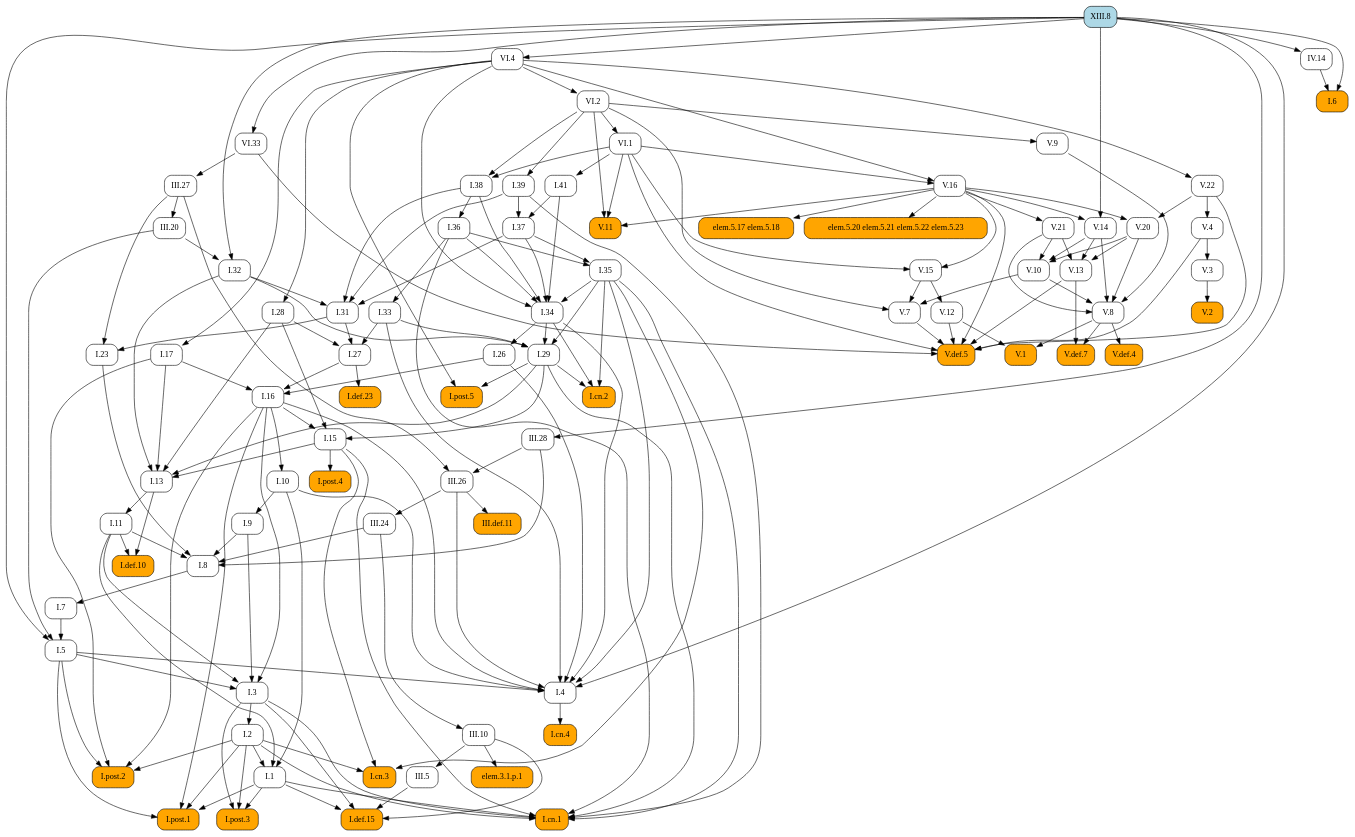
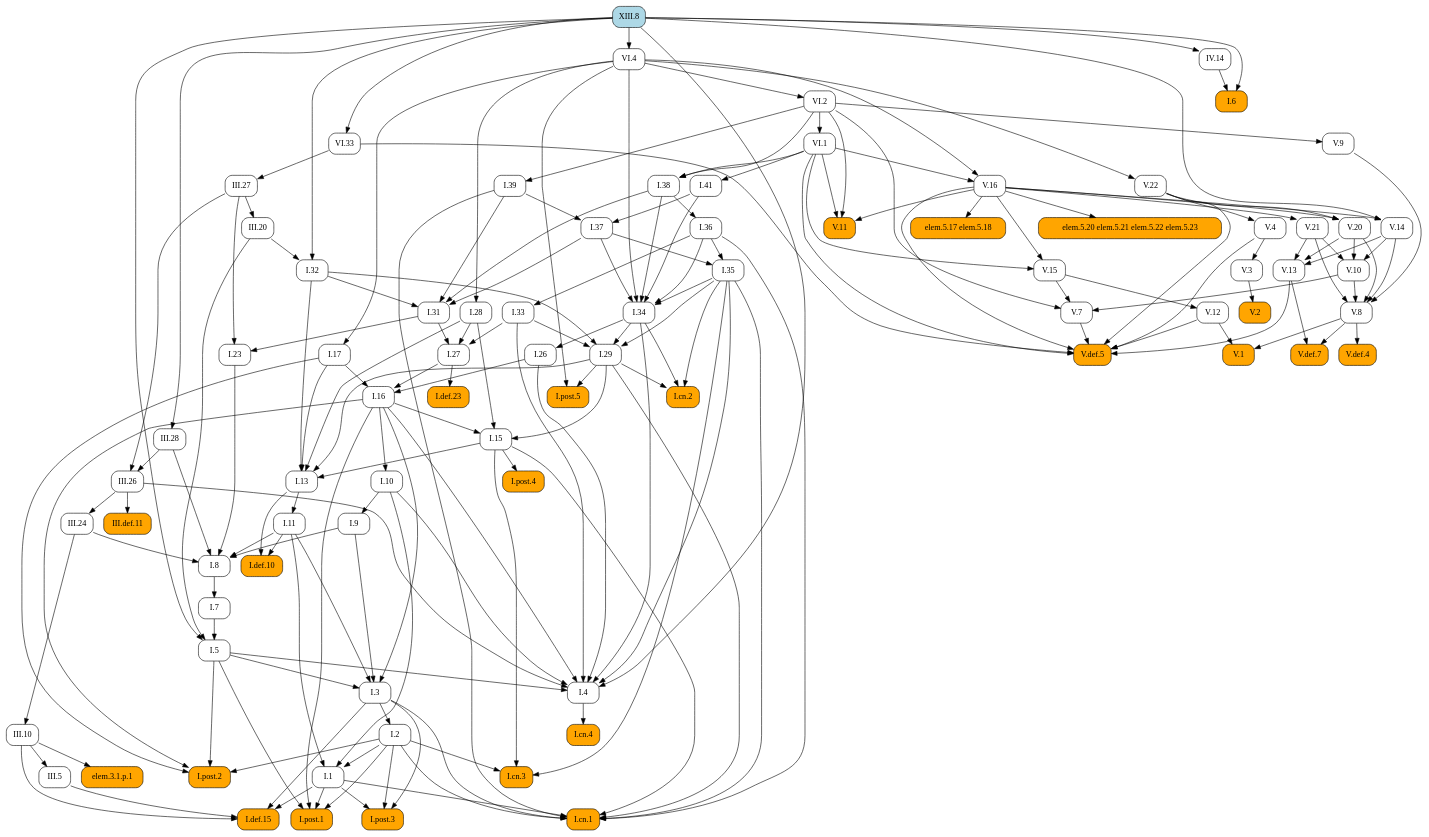
One commit to geometor/elements changed the diagram in docsrc/heath/XIII/8/index.rst. Above: the diagram before and after it, drawn with Graphviz. The commit also changed other lines of this file and 1029 other files, not shown here.

```diff
--- a/docsrc/heath/XIII/8/index.rst
+++ b/docsrc/heath/XIII/8/index.rst
@@ -49,134 +49,221 @@
    digraph {
      rankdir="TB";
      node [shape=box, style=rounded];
+     "I.def.10" [style="rounded,filled", fillcolor=orange, URL="/heath/I/def.10/", target="_top"];
+     "I.11" [URL="/heath/I/11/", target="_top"];
+     "I.post.4" [style="rounded,filled", fillcolor=orange, URL="/heath/I/post.4/", target="_top"];
+     "I.28" [URL="/heath/I/28/", target="_top"];
+     "I.1" [URL="/heath/I/1/", target="_top"];
+     "V.def.5" [style="rounded,filled", fillcolor=orange, URL="/heath/V/def.5/", target="_top"];
+     "III.20" [URL="/heath/III/20/", target="_top"];
+     "V.13" [URL="/heath/V/13/", target="_top"];
+     "V.11" [style="rounded,filled", fillcolor=orange, URL="/heath/V/11/", target="_top"];
+     "III.def.11" [style="rounded,filled", fillcolor=orange, URL="/heath/III/def.11/", target="_top"];
+     "I.post.3" [style="rounded,filled", fillcolor=orange, URL="/heath/I/post.3/", target="_top"];
+     "VI.1" [URL="/heath/VI/1/", target="_top"];
+     "I.cn.3" [style="rounded,filled", fillcolor=orange, URL="/heath/I/cn.3/", target="_top"];
+     "V.16" [URL="/heath/V/16/", target="_top"];
+     "VI.4" [URL="/heath/VI/4/", target="_top"];
+     "V.3" [URL="/heath/V/3/", target="_top"];
+     "VI.33" [URL="/heath/VI/33/", target="_top"];
+     "I.36" [URL="/heath/I/36/", target="_top"];
+     "V.8" [URL="/heath/V/8/", target="_top"];
+     "I.27" [URL="/heath/I/27/", target="_top"];
+     "I.41" [URL="/heath/I/41/", target="_top"];
+     "I.37" [URL="/heath/I/37/", target="_top"];
+     "I.34" [URL="/heath/I/34/", target="_top"];
+     "I.2" [URL="/heath/I/2/", target="_top"];
+     "I.def.23" [style="rounded,filled", fillcolor=orange, URL="/heath/I/def.23/", target="_top"];
+     "I.17" [URL="/heath/I/17/", target="_top"];
+     "I.33" [URL="/heath/I/33/", target="_top"];
+     "I.post.2" [style="rounded,filled", fillcolor=orange, URL="/heath/I/post.2/", target="_top"];
+     "elem.5.20 elem.5.21 elem.5.22 elem.5.23" [style="rounded,filled", fillcolor=orange];
+     "I.9" [URL="/heath/I/9/", target="_top"];
+     "I.32" [URL="/heath/I/32/", target="_top"];
+     "V.def.4" [style="rounded,filled", fillcolor=orange, URL="/heath/V/def.4/", target="_top"];
+     "I.cn.4" [style="rounded,filled", fillcolor=orange, URL="/heath/I/cn.4/", target="_top"];
+     "I.15" [URL="/heath/I/15/", target="_top"];
+     "I.38" [URL="/heath/I/38/", target="_top"];
+     "V.def.7" [style="rounded,filled", fillcolor=orange, URL="/heath/V/def.7/", target="_top"];
+     "I.5" [URL="/heath/I/5/", target="_top"];
+     "V.21" [URL="/heath/V/21/", target="_top"];
+     "III.5" [URL="/heath/III/5/", target="_top"];
+     "XIII.8" [style="rounded,filled", fillcolor=lightblue, URL="/heath/XIII/8/", target="_top"];
+     "I.39" [URL="/heath/I/39/", target="_top"];
+     "I.26" [URL="/heath/I/26/", target="_top"];
+     "III.26" [URL="/heath/III/26/", target="_top"];
+     "V.14" [URL="/heath/V/14/", target="_top"];
+     "I.29" [URL="/heath/I/29/", target="_top"];
+     "elem.3.1.p.1" [style="rounded,filled", fillcolor=orange];
+     "V.12" [URL="/heath/V/12/", target="_top"];
+     "V.22" [URL="/heath/V/22/", target="_top"];
+     "I.cn.2" [style="rounded,filled", fillcolor=orange, URL="/heath/I/cn.2/", target="_top"];
+     "V.20" [URL="/heath/V/20/", target="_top"];
+     "V.10" [URL="/heath/V/10/", target="_top"];
+     "VI.2" [URL="/heath/VI/2/", target="_top"];
+     "I.def.15" [style="rounded,filled", fillcolor=orange, URL="/heath/I/def.15/", target="_top"];
+     "V.15" [URL="/heath/V/15/", target="_top"];
+     "I.cn.1" [style="rounded,filled", fillcolor=orange, URL="/heath/I/cn.1/", target="_top"];
+     "V.7" [URL="/heath/V/7/", target="_top"];
+     "V.9" [URL="/heath/V/9/", target="_top"];
+     "I.23" [URL="/heath/I/23/", target="_top"];
+     "I.post.1" [style="rounded,filled", fillcolor=orange, URL="/heath/I/post.1/", target="_top"];
+     "III.24" [URL="/heath/III/24/", target="_top"];
+     "I.35" [URL="/heath/I/35/", target="_top"];
+     "I.7" [URL="/heath/I/7/", target="_top"];
+     "I.6" [style="rounded,filled", fillcolor=orange, URL="/heath/I/6/", target="_top"];
+     "I.3" [URL="/heath/I/3/", target="_top"];
+     "I.4" [URL="/heath/I/4/", target="_top"];
+     "I.13" [URL="/heath/I/13/", target="_top"];
+     "V.4" [URL="/heath/V/4/", target="_top"];
+     "I.31" [URL="/heath/I/31/", target="_top"];
      "V.1" [style="rounded,filled", fillcolor=orange, URL="/heath/V/1/", target="_top"];
-     "I.29" [URL="/heath/I/29/", target="_top"];
-     "I.7" [URL="/heath/I/7/", target="_top"];
-     "XIII.8" [style="rounded,filled", fillcolor=lightblue, URL="/heath/XIII/8/", target="_top"];
-     "I.27" [URL="/heath/I/27/", target="_top"];
-     "I.def.23" [style="rounded,filled", fillcolor=orange, URL="/heath/I/def.23/", target="_top"];
-     "V.20" [URL="/heath/V/20/", target="_top"];
-     "I.34" [URL="/heath/I/34/", target="_top"];
+     "I.16" [URL="/heath/I/16/", target="_top"];
+     "III.10" [URL="/heath/III/10/", target="_top"];
+     "elem.5.17 elem.5.18" [style="rounded,filled", fillcolor=orange];
+     "III.27" [URL="/heath/III/27/", target="_top"];
      "I.8" [URL="/heath/I/8/", target="_top"];
+     "IV.14" [URL="/heath/IV/14/", target="_top"];
+     "III.28" [URL="/heath/III/28/", target="_top"];
      "V.2" [style="rounded,filled", fillcolor=orange, URL="/heath/V/2/", target="_top"];
-     "III.10" [URL="/heath/III/10/", target="_top"];
-     "I.9" [URL="/heath/I/9/", target="_top"];
-     "V.22" [URL="/heath/V/22/", target="_top"];
-     "III.20" [URL="/heath/III/20/", target="_top"];
-     "I.post.4" [style="rounded,filled", fillcolor=orange, URL="/heath/I/post.4/", target="_top"];
-     "I.2" [URL="/heath/I/2/", target="_top"];
-     "V.4" [URL="/heath/V/4/", target="_top"];
-     "I.28" [URL="/heath/I/28/", target="_top"];
-     "III.27" [URL="/heath/III/27/", target="_top"];
-     "VI.4" [URL="/heath/VI/4/", target="_top"];
-     "I.cn.4" [style="rounded,filled", fillcolor=orange, URL="/heath/I/cn.4/", target="_top"];
-     "VI.2" [URL="/heath/VI/2/", target="_top"];
-     "elem.5.20 elem.5.21 elem.5.22 elem.5.23" [style="rounded,filled", fillcolor=orange];
-     "I.23" [URL="/heath/I/23/", target="_top"];
-     "I.13" [URL="/heath/I/13/", target="_top"];
-     "I.5" [URL="/heath/I/5/", target="_top"];
-     "I.11" [URL="/heath/I/11/", target="_top"];
-     "I.4" [URL="/heath/I/4/", target="_top"];
-     "I.def.10" [style="rounded,filled", fillcolor=orange, URL="/heath/I/def.10/", target="_top"];
-     "III.24" [URL="/heath/III/24/", target="_top"];
-     "I.post.3" [style="rounded,filled", fillcolor=orange, URL="/heath/I/post.3/", target="_top"];
-     "V.9" [URL="/heath/V/9/", target="_top"];
-     "elem.5.17 elem.5.18" [style="rounded,filled", fillcolor=orange];
-     "V.3" [URL="/heath/V/3/", target="_top"];
-     "I.36" [URL="/heath/I/36/", target="_top"];
-     "V.12" [URL="/heath/V/12/", target="_top"];
-     "I.15" [URL="/heath/I/15/", target="_top"];
-     "I.17" [URL="/heath/I/17/", target="_top"];
-     "I.32" [URL="/heath/I/32/", target="_top"];
-     "I.41" [URL="/heath/I/41/", target="_top"];
-     "V.def.5" [style="rounded,filled", fillcolor=orange, URL="/heath/V/def.5/", target="_top"];
-     "I.cn.3" [style="rounded,filled", fillcolor=orange, URL="/heath/I/cn.3/", target="_top"];
-     "III.def.11" [style="rounded,filled", fillcolor=orange, URL="/heath/III/def.11/", target="_top"];
-     "I.38" [URL="/heath/I/38/", target="_top"];
-     "V.16" [URL="/heath/V/16/", target="_top"];
-     "V.15" [URL="/heath/V/15/", target="_top"];
-     "V.def.4" [style="rounded,filled", fillcolor=orange, URL="/heath/V/def.4/", target="_top"];
-     "V.21" [URL="/heath/V/21/", target="_top"];
-     "V.8" [URL="/heath/V/8/", target="_top"];
-     "V.7" [URL="/heath/V/7/", target="_top"];
-     "I.def.15" [style="rounded,filled", fillcolor=orange, URL="/heath/I/def.15/", target="_top"];
-     "I.1" [URL="/heath/I/1/", target="_top"];
-     "I.post.1" [style="rounded,filled", fillcolor=orange, URL="/heath/I/post.1/", target="_top"];
-     "V.13" [URL="/heath/V/13/", target="_top"];
-     "III.28" [URL="/heath/III/28/", target="_top"];
-     "I.26" [URL="/heath/I/26/", target="_top"];
-     "I.33" [URL="/heath/I/33/", target="_top"];
-     "elem.3.1.p.1" [style="rounded,filled", fillcolor=orange];
-     "VI.33" [URL="/heath/VI/33/", target="_top"];
-     "V.def.7" [style="rounded,filled", fillcolor=orange, URL="/heath/V/def.7/", target="_top"];
-     "I.39" [URL="/heath/I/39/", target="_top"];
-     "III.5" [URL="/heath/III/5/", target="_top"];
-     "I.6" [style="rounded,filled", fillcolor=orange, URL="/heath/I/6/", target="_top"];
-     "I.cn.2" [style="rounded,filled", fillcolor=orange, URL="/heath/I/cn.2/", target="_top"];
-     "IV.14" [URL="/heath/IV/14/", target="_top"];
-     "V.10" [URL="/heath/V/10/", target="_top"];
+     "I.post.5" [style="rounded,filled", fillcolor=orange, URL="/heath/I/post.5/", target="_top"];
      "I.10" [URL="/heath/I/10/", target="_top"];
-     "I.3" [URL="/heath/I/3/", target="_top"];
-     "I.16" [URL="/heath/I/16/", target="_top"];
-     "III.26" [URL="/heath/III/26/", target="_top"];
-     "I.31" [URL="/heath/I/31/", target="_top"];
-     "V.11" [style="rounded,filled", fillcolor=orange, URL="/heath/V/11/", target="_top"];
-     "I.post.2" [style="rounded,filled", fillcolor=orange, URL="/heath/I/post.2/", target="_top"];
-     "I.post.5" [style="rounded,filled", fillcolor=orange, URL="/heath/I/post.5/", target="_top"];
-     "VI.1" [URL="/heath/VI/1/", target="_top"];
-     "I.35" [URL="/heath/I/35/", target="_top"];
-     "I.cn.1" [style="rounded,filled", fillcolor=orange, URL="/heath/I/cn.1/", target="_top"];
-     "I.37" [URL="/heath/I/37/", target="_top"];
-     "V.14" [URL="/heath/V/14/", target="_top"];
-     "V.8" -> "V.1";
-     "V.12" -> "V.1";
-     "I.32" -> "I.29";
-     "I.33" -> "I.29";
-     "I.34" -> "I.29";
-     "I.35" -> "I.29";
-     "I.8" -> "I.7";
+     "I.11" -> "I.def.10";
+     "I.13" -> "I.def.10";
+     "I.13" -> "I.11";
+     "I.15" -> "I.post.4";
+     "VI.4" -> "I.28";
+     "I.2" -> "I.1";
+     "I.10" -> "I.1";
+     "I.11" -> "I.1";
+     "V.4" -> "V.def.5";
+     "V.7" -> "V.def.5";
+     "V.12" -> "V.def.5";
+     "V.13" -> "V.def.5";
+     "V.16" -> "V.def.5";
+     "V.22" -> "V.def.5";
+     "VI.1" -> "V.def.5";
+     "VI.33" -> "V.def.5";
+     "III.27" -> "III.20";
+     "V.14" -> "V.13";
+     "V.20" -> "V.13";
+     "V.21" -> "V.13";
+     "V.16" -> "V.11";
+     "VI.1" -> "V.11";
+     "VI.2" -> "V.11";
+     "III.26" -> "III.def.11";
+     "I.1" -> "I.post.3";
+     "I.2" -> "I.post.3";
+     "I.3" -> "I.post.3";
+     "VI.2" -> "VI.1";
+     "I.2" -> "I.cn.3";
+     "I.15" -> "I.cn.3";
+     "I.35" -> "I.cn.3";
+     "VI.1" -> "V.16";
+     "VI.4" -> "V.16";
+     "XIII.8" -> "VI.4";
+     "V.4" -> "V.3";
+     "XIII.8" -> "VI.33";
+     "I.38" -> "I.36";
+     "V.9" -> "V.8";
+     "V.10" -> "V.8";
+     "V.14" -> "V.8";
+     "V.20" -> "V.8";
+     "V.21" -> "V.8";
      "I.28" -> "I.27";
      "I.31" -> "I.27";
      "I.33" -> "I.27";
-     "I.27" -> "I.def.23";
-     "V.16" -> "V.20";
-     "V.22" -> "V.20";
+     "VI.1" -> "I.41";
+     "I.39" -> "I.37";
+     "I.41" -> "I.37";
      "I.35" -> "I.34";
      "I.36" -> "I.34";
      "I.37" -> "I.34";
      "I.38" -> "I.34";
      "I.41" -> "I.34";
      "VI.4" -> "I.34";
-     "I.9" -> "I.8";
-     "I.11" -> "I.8";
-     "I.23" -> "I.8";
-     "III.24" -> "I.8";
-     "III.28" -> "I.8";
-     "V.3" -> "V.2";
-     "III.24" -> "III.10";
+     "I.3" -> "I.2";
+     "I.27" -> "I.def.23";
+     "VI.4" -> "I.17";
+     "I.36" -> "I.33";
+     "I.2" -> "I.post.2";
+     "I.5" -> "I.post.2";
+     "I.16" -> "I.post.2";
+     "I.17" -> "I.post.2";
+     "V.16" -> "elem.5.20 elem.5.21 elem.5.22 elem.5.23";
      "I.10" -> "I.9";
-     "VI.4" -> "V.22";
-     "III.27" -> "III.20";
-     "I.15" -> "I.post.4";
-     "I.3" -> "I.2";
-     "V.22" -> "V.4";
-     "VI.4" -> "I.28";
-     "VI.33" -> "III.27";
-     "XIII.8" -> "VI.4";
+     "III.20" -> "I.32";
+     "XIII.8" -> "I.32";
+     "V.8" -> "V.def.4";
      "I.4" -> "I.cn.4";
-     "VI.4" -> "VI.2";
-     "V.16" -> "elem.5.20 elem.5.21 elem.5.22 elem.5.23";
-     "I.31" -> "I.23";
-     "III.27" -> "I.23";
-     "I.15" -> "I.13";
-     "I.17" -> "I.13";
-     "I.28" -> "I.13";
-     "I.29" -> "I.13";
-     "I.32" -> "I.13";
+     "I.16" -> "I.15";
+     "I.28" -> "I.15";
+     "I.29" -> "I.15";
+     "VI.1" -> "I.38";
+     "VI.2" -> "I.38";
+     "V.8" -> "V.def.7";
+     "V.13" -> "V.def.7";
      "I.7" -> "I.5";
      "III.20" -> "I.5";
      "XIII.8" -> "I.5";
-     "I.13" -> "I.11";
+     "V.16" -> "V.21";
+     "III.10" -> "III.5";
+     "VI.2" -> "I.39";
+     "I.34" -> "I.26";
+     "III.27" -> "III.26";
+     "III.28" -> "III.26";
+     "V.16" -> "V.14";
+     "XIII.8" -> "V.14";
+     "I.32" -> "I.29";
+     "I.33" -> "I.29";
+     "I.34" -> "I.29";
+     "I.35" -> "I.29";
+     "III.10" -> "elem.3.1.p.1";
+     "V.15" -> "V.12";
+     "VI.4" -> "V.22";
+     "I.29" -> "I.cn.2";
+     "I.34" -> "I.cn.2";
+     "I.35" -> "I.cn.2";
+     "V.16" -> "V.20";
+     "V.22" -> "V.20";
+     "V.14" -> "V.10";
+     "V.20" -> "V.10";
+     "V.21" -> "V.10";
+     "VI.4" -> "VI.2";
+     "I.1" -> "I.def.15";
+     "I.3" -> "I.def.15";
+     "III.5" -> "I.def.15";
+     "III.10" -> "I.def.15";
+     "V.16" -> "V.15";
+     "VI.1" -> "V.15";
+     "I.1" -> "I.cn.1";
+     "I.2" -> "I.cn.1";
+     "I.3" -> "I.cn.1";
+     "I.15" -> "I.cn.1";
+     "I.29" -> "I.cn.1";
+     "I.35" -> "I.cn.1";
+     "I.36" -> "I.cn.1";
+     "I.39" -> "I.cn.1";
+     "V.10" -> "V.7";
+     "V.15" -> "V.7";
+     "VI.2" -> "V.7";
+     "VI.2" -> "V.9";
+     "I.31" -> "I.23";
+     "III.27" -> "I.23";
+     "I.1" -> "I.post.1";
+     "I.2" -> "I.post.1";
+     "I.5" -> "I.post.1";
+     "I.16" -> "I.post.1";
+     "III.26" -> "III.24";
+     "I.36" -> "I.35";
+     "I.37" -> "I.35";
+     "I.8" -> "I.7";
+     "IV.14" -> "I.6";
+     "XIII.8" -> "I.6";
+     "I.5" -> "I.3";
+     "I.9" -> "I.3";
+     "I.11" -> "I.3";
+     "I.16" -> "I.3";
      "I.5" -> "I.4";
      "I.10" -> "I.4";
      "I.16" -> "I.4";
@@ -186,120 +273,33 @@
      "I.35" -> "I.4";
      "III.26" -> "I.4";
      "XIII.8" -> "I.4";
-     "I.11" -> "I.def.10";
-     "I.13" -> "I.def.10";
-     "III.26" -> "III.24";
-     "I.1" -> "I.post.3";
-     "I.2" -> "I.post.3";
-     "I.3" -> "I.post.3";
-     "VI.2" -> "V.9";
-     "V.16" -> "elem.5.17 elem.5.18";
-     "V.4" -> "V.3";
-     "I.38" -> "I.36";
-     "V.15" -> "V.12";
-     "I.16" -> "I.15";
-     "I.28" -> "I.15";
-     "I.29" -> "I.15";
-     "VI.4" -> "I.17";
-     "III.20" -> "I.32";
-     "XIII.8" -> "I.32";
-     "VI.1" -> "I.41";
-     "V.4" -> "V.def.5";
-     "V.7" -> "V.def.5";
-     "V.12" -> "V.def.5";
-     "V.13" -> "V.def.5";
-     "V.16" -> "V.def.5";
-     "V.22" -> "V.def.5";
-     "VI.1" -> "V.def.5";
-     "VI.33" -> "V.def.5";
-     "I.2" -> "I.cn.3";
-     "I.15" -> "I.cn.3";
-     "I.35" -> "I.cn.3";
-     "III.26" -> "III.def.11";
-     "VI.1" -> "I.38";
-     "VI.2" -> "I.38";
-     "VI.1" -> "V.16";
-     "VI.4" -> "V.16";
-     "V.16" -> "V.15";
-     "VI.1" -> "V.15";
-     "V.8" -> "V.def.4";
-     "V.16" -> "V.21";
-     "V.9" -> "V.8";
-     "V.10" -> "V.8";
-     "V.14" -> "V.8";
-     "V.20" -> "V.8";
-     "V.21" -> "V.8";
-     "V.10" -> "V.7";
-     "V.15" -> "V.7";
-     "VI.2" -> "V.7";
-     "I.1" -> "I.def.15";
-     "I.3" -> "I.def.15";
-     "III.5" -> "I.def.15";
-     "III.10" -> "I.def.15";
-     "I.2" -> "I.1";
-     "I.10" -> "I.1";
-     "I.11" -> "I.1";
-     "I.1" -> "I.post.1";
-     "I.2" -> "I.post.1";
-     "I.5" -> "I.post.1";
-     "I.16" -> "I.post.1";
-     "V.14" -> "V.13";
-     "V.20" -> "V.13";
-     "V.21" -> "V.13";
-     "XIII.8" -> "III.28";
-     "I.34" -> "I.26";
-     "I.36" -> "I.33";
-     "III.10" -> "elem.3.1.p.1";
-     "XIII.8" -> "VI.33";
-     "V.8" -> "V.def.7";
-     "V.13" -> "V.def.7";
-     "VI.2" -> "I.39";
-     "III.10" -> "III.5";
-     "IV.14" -> "I.6";
-     "XIII.8" -> "I.6";
-     "I.29" -> "I.cn.2";
-     "I.34" -> "I.cn.2";
-     "I.35" -> "I.cn.2";
-     "XIII.8" -> "IV.14";
-     "V.14" -> "V.10";
-     "V.20" -> "V.10";
-     "V.21" -> "V.10";
-     "I.16" -> "I.10";
-     "I.5" -> "I.3";
-     "I.9" -> "I.3";
-     "I.11" -> "I.3";
-     "I.16" -> "I.3";
-     "I.17" -> "I.16";
-     "I.26" -> "I.16";
-     "I.27" -> "I.16";
-     "III.27" -> "III.26";
-     "III.28" -> "III.26";
+     "I.15" -> "I.13";
+     "I.17" -> "I.13";
+     "I.28" -> "I.13";
+     "I.29" -> "I.13";
+     "I.32" -> "I.13";
+     "V.22" -> "V.4";
      "I.32" -> "I.31";
      "I.37" -> "I.31";
      "I.38" -> "I.31";
      "I.39" -> "I.31";
-     "V.16" -> "V.11";
-     "VI.1" -> "V.11";
-     "VI.2" -> "V.11";
-     "I.2" -> "I.post.2";
-     "I.5" -> "I.post.2";
-     "I.16" -> "I.post.2";
-     "I.17" -> "I.post.2";
+     "V.8" -> "V.1";
+     "V.12" -> "V.1";
+     "I.17" -> "I.16";
+     "I.26" -> "I.16";
+     "I.27" -> "I.16";
+     "III.24" -> "III.10";
+     "V.16" -> "elem.5.17 elem.5.18";
+     "VI.33" -> "III.27";
+     "I.9" -> "I.8";
+     "I.11" -> "I.8";
+     "I.23" -> "I.8";
+     "III.24" -> "I.8";
+     "III.28" -> "I.8";
+     "XIII.8" -> "IV.14";
+     "XIII.8" -> "III.28";
+     "V.3" -> "V.2";
      "I.29" -> "I.post.5";
      "VI.4" -> "I.post.5";
-     "VI.2" -> "VI.1";
-     "I.36" -> "I.35";
-     "I.37" -> "I.35";
-     "I.1" -> "I.cn.1";
-     "I.2" -> "I.cn.1";
-     "I.3" -> "I.cn.1";
-     "I.15" -> "I.cn.1";
-     "I.29" -> "I.cn.1";
-     "I.35" -> "I.cn.1";
-     "I.36" -> "I.cn.1";
-     "I.39" -> "I.cn.1";
-     "I.39" -> "I.37";
-     "I.41" -> "I.37";
-     "V.16" -> "V.14";
-     "XIII.8" -> "V.14";
+     "I.16" -> "I.10";
    }
```
